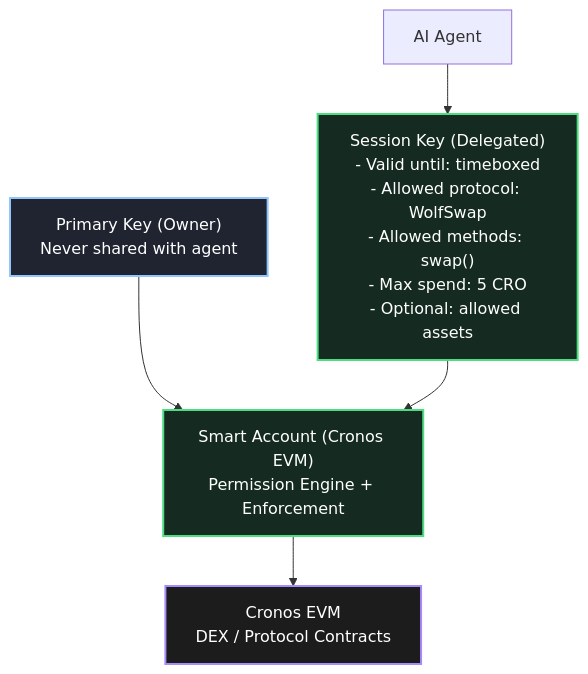
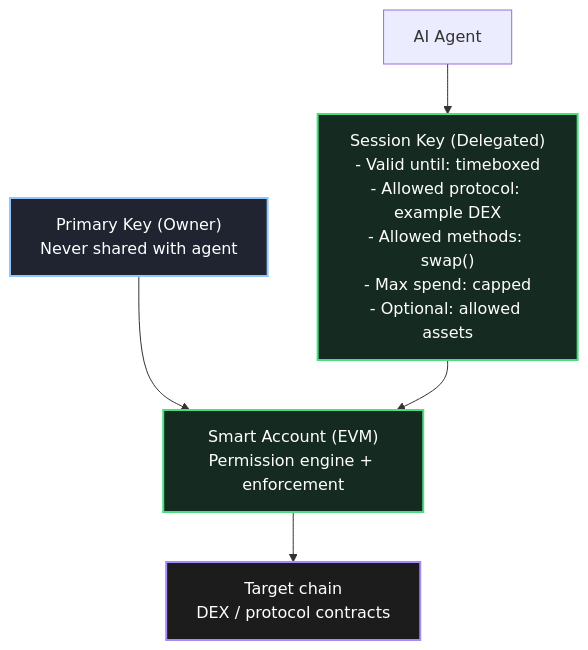
One commit to hoepeyemi/bonzo changed the second of 4 diagrams in README.md. Above: the diagram before and after it, drawn with Mermaid. The commit also changed other lines of this file and 70 other files, not shown here.

````diff
--- a/README.md
+++ b/README.md
@@ -90,18 +90,18 @@
 ```mermaid
 flowchart TB
   OWNER["Primary Key (Owner)\nNever shared with agent"]:::owner
 
-  SA["Smart Account (Cronos EVM)\nPermission Engine + Enforcement"]:::good
+  SA["Smart Account (EVM)\nPermission engine + enforcement"]:::good
   OWNER --> SA
 
-  SK["Session Key (Delegated)\n- Valid until: timeboxed\n- Allowed protocol: WolfSwap\n- Allowed methods: swap()\n- Max spend: 5 CRO\n- Optional: allowed assets"]:::good
+  SK["Session Key (Delegated)\n- Valid until: timeboxed\n- Allowed protocol: example DEX\n- Allowed methods: swap()\n- Max spend: capped\n- Optional: allowed assets"]:::good
 
   AG["AI Agent"] --> SK
   SK --> SA
 
-  SA --> CHAIN["Cronos EVM\nDEX / Protocol Contracts"]:::chain
+  SA --> CHAIN["Target chain\nDEX / protocol contracts"]:::chain
 
   classDef owner fill:#1f2430,stroke:#93c5fd,stroke-width:2px,color:#ffffff;
   classDef good fill:#152a20,stroke:#4ade80,stroke-width:2px,color:#ffffff;
   classDef chain fill:#1c1c1c,stroke:#a78bfa,stroke-width:2px,color:#ffffff;
 ```
````
